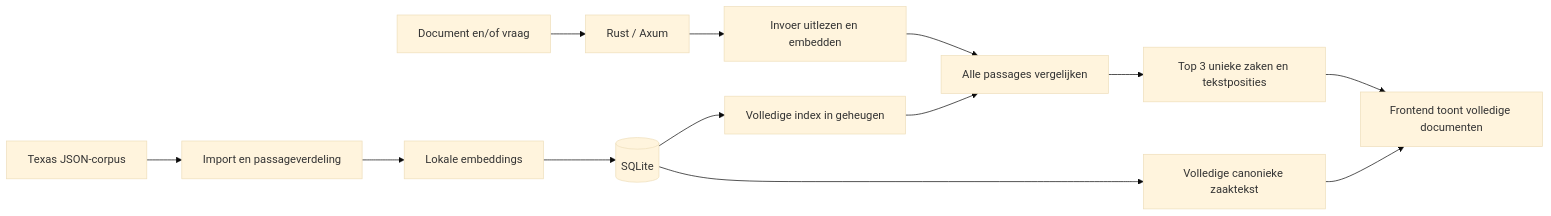
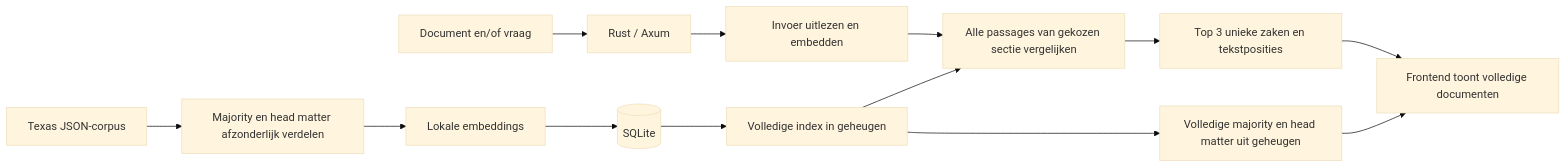
One commit to Daanvdplas/mike changed the first of 3 diagrams in docs/CODEBASE_GUIDE.md. Above: the diagram before and after it, drawn with Mermaid (base theme). The commit also changed other lines of this file and 32 other files, not shown here.

Commit message:
feat(search): select head matter or opinion chunks and compare versioned eval runs

````diff
--- a/docs/CODEBASE_GUIDE.md
+++ b/docs/CODEBASE_GUIDE.md
@@ -65,15 +67,15 @@
 ```mermaid
 flowchart LR
-  C[Texas JSON-corpus] --> I[Import en passageverdeling]
+  C[Texas JSON-corpus] --> I[Majority en head matter afzonderlijk verdelen]
   I --> E[Lokale embeddings]
   E --> DB[(SQLite)]
   DB --> X[Volledige index in geheugen]
   U[Document en/of vraag] --> API[Rust / Axum]
   API --> Q[Invoer uitlezen en embedden]
-  Q --> S[Alle passages vergelijken]
+  Q --> S[Alle passages van gekozen sectie vergelijken]
   X --> S
   S --> R[Top 3 unieke zaken en tekstposities]
   R --> F[Frontend toont volledige documenten]
-  DB --> D[Volledige canonieke zaaktekst]
+  X --> D[Volledige majority en head matter uit geheugen]
   D --> F
 ```
````
